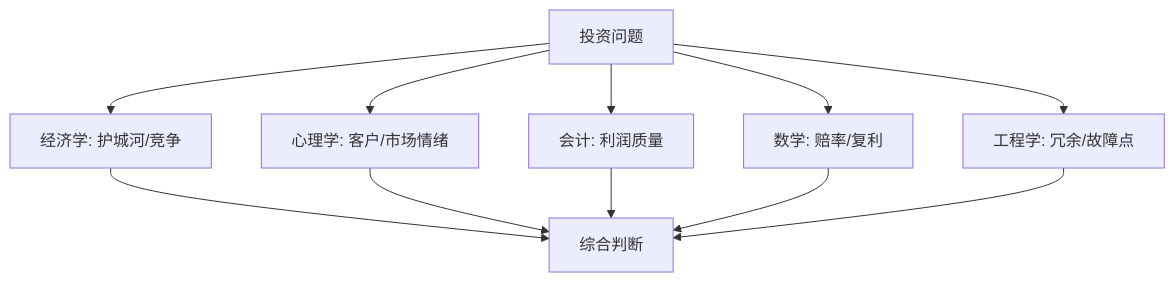
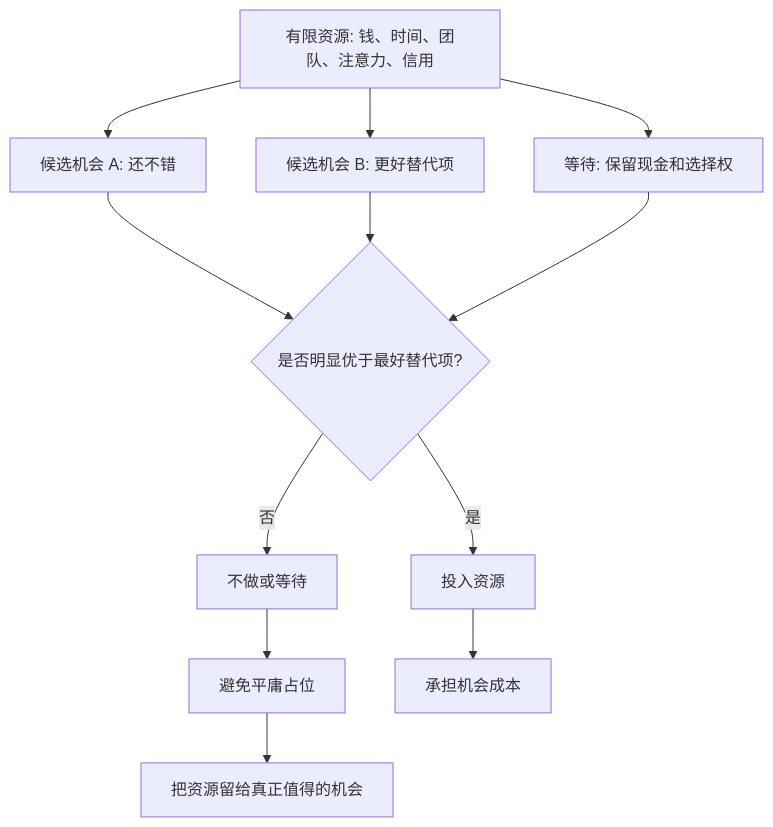
One commit to digoal/blog changed the diagram in 202605/20260519_31.md. Above: the diagram before and after it, drawn with Mermaid. The commit also changed other lines of this file and 51 other files, not shown here.

````diff
--- a/202605/20260519_31.md
+++ b/202605/20260519_31.md
@@ -22,13 +22,14 @@
 ```mermaid
 flowchart TD
-  A["投资问题"] --> B["经济学: 护城河/竞争"]
-  A --> C["心理学: 客户/市场情绪"]
-  A --> D["会计: 利润质量"]
-  A --> E["数学: 赔率/复利"]
-  A --> F["工程学: 冗余/故障点"]
-  B --> G["综合判断"]
-  C --> G
-  D --> G
-  E --> G
-  F --> G
+  A["有限资源: 钱、时间、团队、注意力、信用"] --> B["候选机会 A: 还不错"]
+  A --> C["候选机会 B: 更好替代项"]
+  A --> D["等待: 保留现金和选择权"]
+  B --> E{"是否明显优于最好替代项?"}
+  C --> E
+  D --> E
+  E -- "是" --> F["投入资源"]
+  E -- "否" --> G["不做或等待"]
+  G --> H["避免平庸占位"]
+  F --> I["承担机会成本"]
+  H --> J["把资源留给真正值得的机会"]
 ```
````
